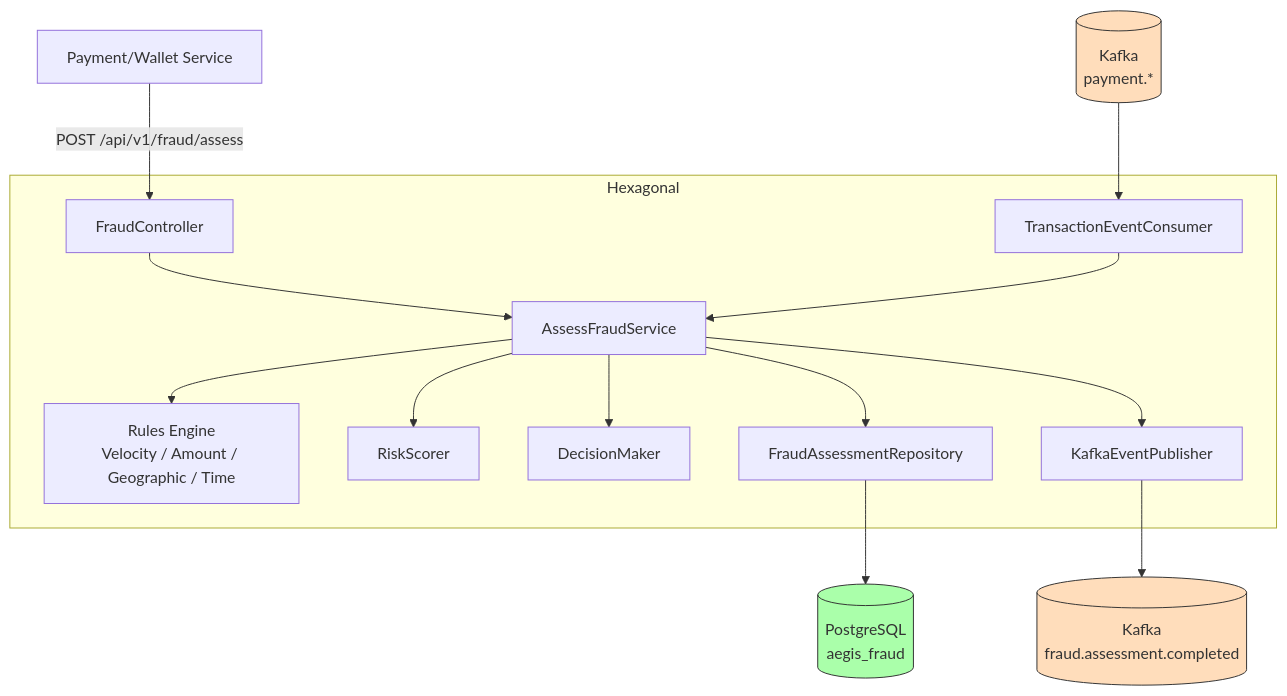
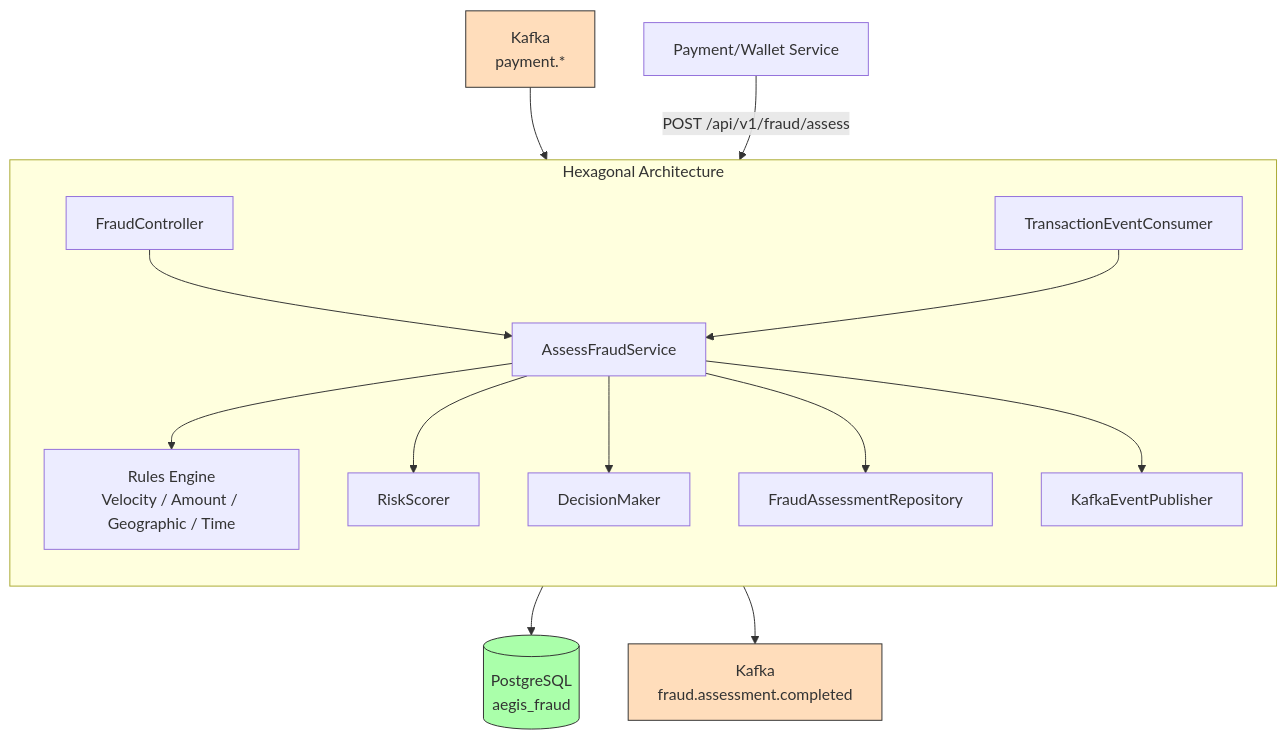
One commit to AlexAlvarezGallardo-GitHub/Aegis changed the first of 2 diagrams in docs/obsidian/01 - Services/Fraud Service.md. Above: the diagram before and after it, drawn with Mermaid. The commit also changed 4 other files, not shown here.

First line of the commit message:
fix(infra): fix mermaid subgraph node declaration in vault diagrams

````diff
--- a/docs/obsidian/01 - Services/Fraud Service.md
+++ b/docs/obsidian/01 - Services/Fraud Service.md
@@ -15,27 +15,28 @@
 ```mermaid
 graph TB
-    Kafka[("Kafka<br/>payment.*")] --> Consumer[TransactionEventConsumer]
-    Client[Payment/Wallet Service] -->|POST /api/v1/fraud/assess| Ctrl[FraudController]
-    Ctrl --> Svc[AssessFraudService]
-    Consumer --> Svc
-    Svc --> Rules[Rules Engine<br/>Velocity / Amount / Geographic / Time]
-    Svc --> Scorer[RiskScorer]
-    Svc --> Decision[DecisionMaker]
-    Svc --> Repo[FraudAssessmentRepository]
-    Repo --> DB[(PostgreSQL<br/>aegis_fraud)]
-    Svc --> Pub[KafkaEventPublisher]
-    Pub --> Out[("Kafka<br/>fraud.assessment.completed")]
-    subgraph "Hexagonal"
-        Ctrl
-        Consumer
-        Svc
-        Rules
-        Scorer
-        Decision
-        Repo
-        Pub
+    subgraph Hexagonal["Hexagonal Architecture"]
+        direction TB
+        Ctrl["FraudController"]
+        Consumer["TransactionEventConsumer"]
+        Svc["AssessFraudService"]
+        Rules["Rules Engine<br/>Velocity / Amount / Geographic / Time"]
+        Scorer["RiskScorer"]
+        Decision["DecisionMaker"]
+        Repo["FraudAssessmentRepository"]
+        Pub["KafkaEventPublisher"]
+        Ctrl --> Svc
+        Consumer --> Svc
+        Svc --> Rules
+        Svc --> Scorer
+        Svc --> Decision
+        Svc --> Repo
+        Svc --> Pub
     end
+    Kafka["Kafka<br/>payment.*"] --> Consumer
+    Client["Payment/Wallet Service"] -->|POST /api/v1/fraud/assess| Ctrl
+    Repo --> DB[("PostgreSQL<br/>aegis_fraud")]
+    Pub --> Out["Kafka<br/>fraud.assessment.completed"]
     style DB fill:#afa,stroke:#333
     style Kafka fill:#fdb,stroke:#333
     style Out fill:#fdb,stroke:#333
 ```
````
